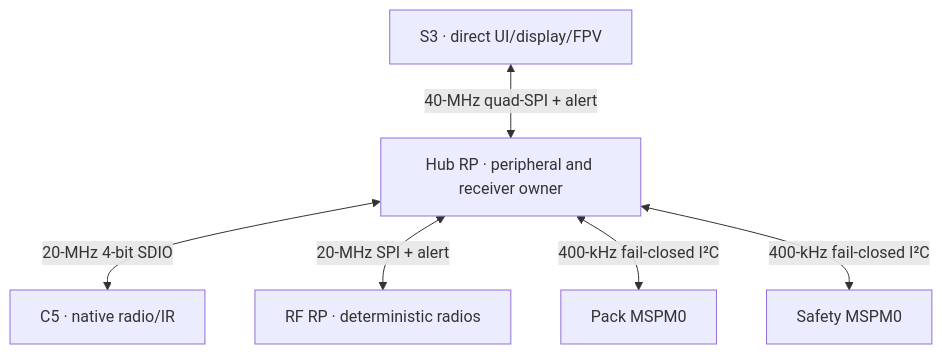
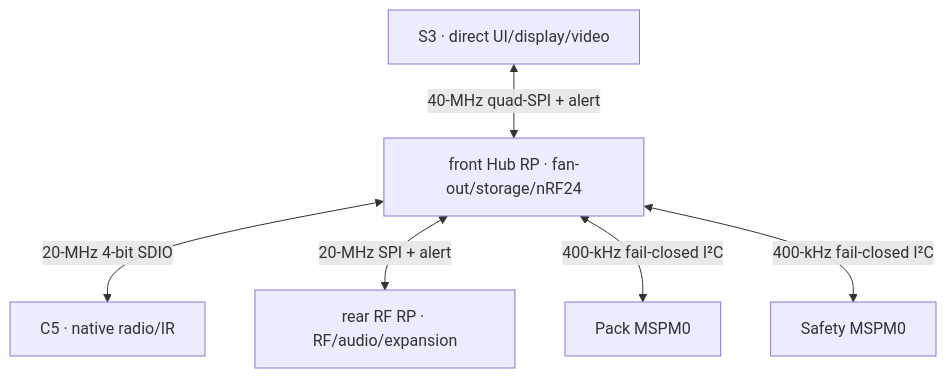
Before and after one commit to anton-vinogradov/esp32-leshy2-firmware: the diagram in docs/architecture.md, drawn with Mermaid. The commit also changed other lines of this file and 24 other files, not shown here.

````diff
--- a/docs/architecture.md
+++ b/docs/architecture.md
@@ -21,8 +21,8 @@
 ```mermaid
 flowchart TD
-  S3["S3 · direct UI/display/FPV"] <-->|"40-MHz quad-SPI + alert"| HUB["Hub RP · peripheral and receiver owner"]
+  S3["S3 · direct UI/display/video"] <-->|"40-MHz quad-SPI + alert"| HUB["front Hub RP · fan-out/storage/nRF24"]
   HUB <-->|"20-MHz 4-bit SDIO"| C5["C5 · native radio/IR"]
-  HUB <-->|"20-MHz SPI + alert"| RF["RF RP · deterministic radios"]
+  HUB <-->|"20-MHz SPI + alert"| RF["rear RF RP · RF/audio/expansion"]
   HUB <-->|"400-kHz fail-closed I²C"| PACK["Pack MSPM0"]
   HUB <-->|"400-kHz fail-closed I²C"| SAFE["Safety MSPM0"]
 ```
````
